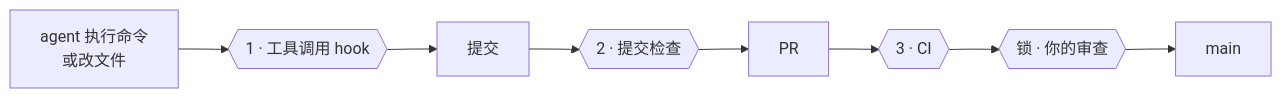
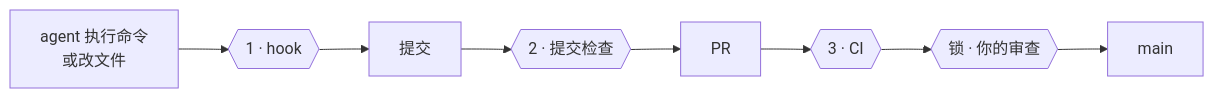
One commit to coo1white/yokoten changed the diagram in README.zh-CN.md. Above: the diagram before and after it, drawn with Mermaid. The commit also changed other lines of this file and 3 other files, not shown here.

````diff
--- a/README.zh-CN.md
+++ b/README.zh-CN.md
@@ -41,7 +45,7 @@
 ```mermaid
 flowchart LR
-  A["agent 执行命令<br/>或改文件"] --> H{{"1 · 工具调用 hook"}}
+  A["agent 执行命令<br/>或改文件"] --> H{{"1 · hook"}}
   H --> C["提交"] --> K{{"2 · 提交检查"}}
   K --> P["PR"] --> I{{"3 · CI"}}
   I --> R{{"锁 · 你的审查"}} --> M["main"]
 ```
````
